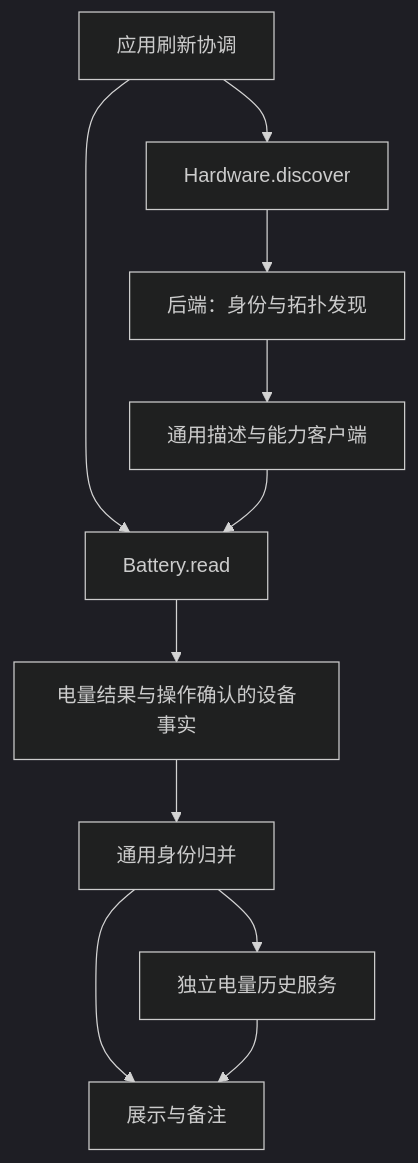
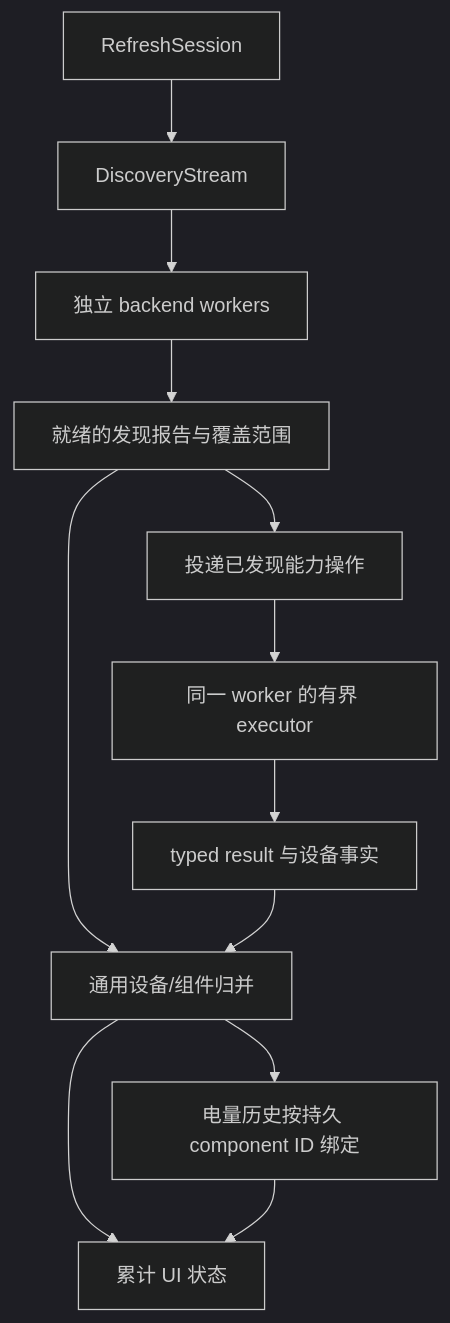
The diagram in docs/HARDWARE-ARCHITECTURE.md (FoLeaf/Periph-In-One), drawn with Mermaid (dark theme) before and after one commit. The commit also changed other lines of this file and 2 other files, not shown here.

````diff
--- a/docs/HARDWARE-ARCHITECTURE.md
+++ b/docs/HARDWARE-ARCHITECTURE.md
@@ -26,13 +26,14 @@
 ```mermaid
 flowchart TD
-    A[应用刷新协调] --> B[Hardware.discover]
-    B --> C[后端：身份与拓扑发现]
-    C --> D[通用描述与能力客户端]
-    A --> E[Battery.read]
-    D --> E
-    E --> F[电量结果与操作确认的设备事实]
-    F --> G[通用身份归并]
-    G --> H[独立电量历史服务]
-    G --> I[展示与备注]
-    H --> I
+    A[RefreshSession] --> B[DiscoveryStream]
+    B --> C[独立 backend workers]
+    C --> D[就绪的发现报告与覆盖范围]
+    D --> E[投递已发现能力操作]
+    E --> F[同一 worker 的有界 executor]
+    F --> G[typed result 与设备事实]
+    D --> H[通用设备/组件归并]
+    G --> H
+    H --> I[累计 UI 状态]
+    H --> J[电量历史按持久 component ID 绑定]
+    J --> I
 ```
````
